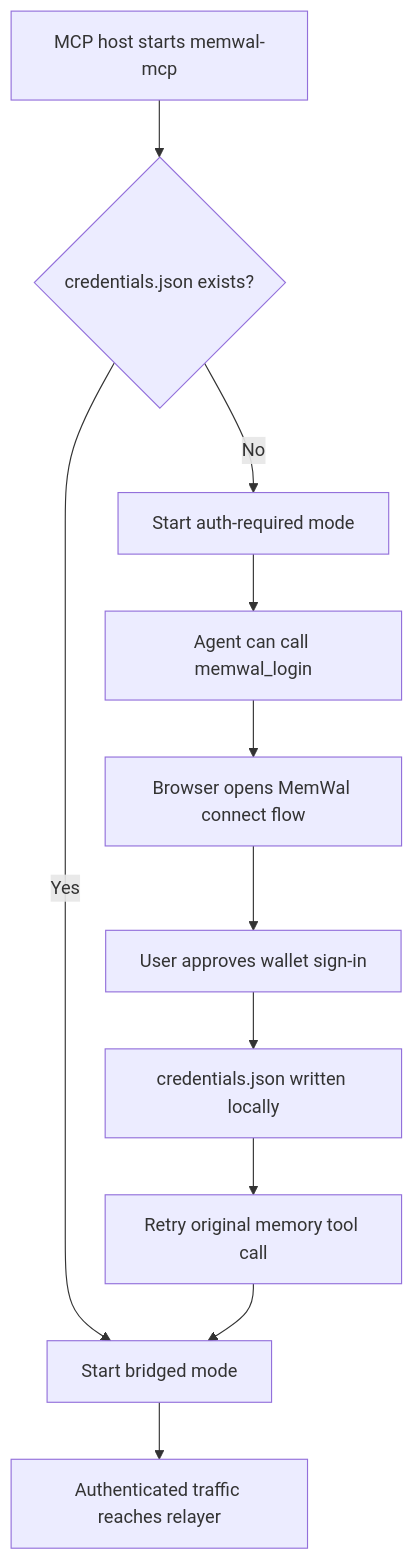
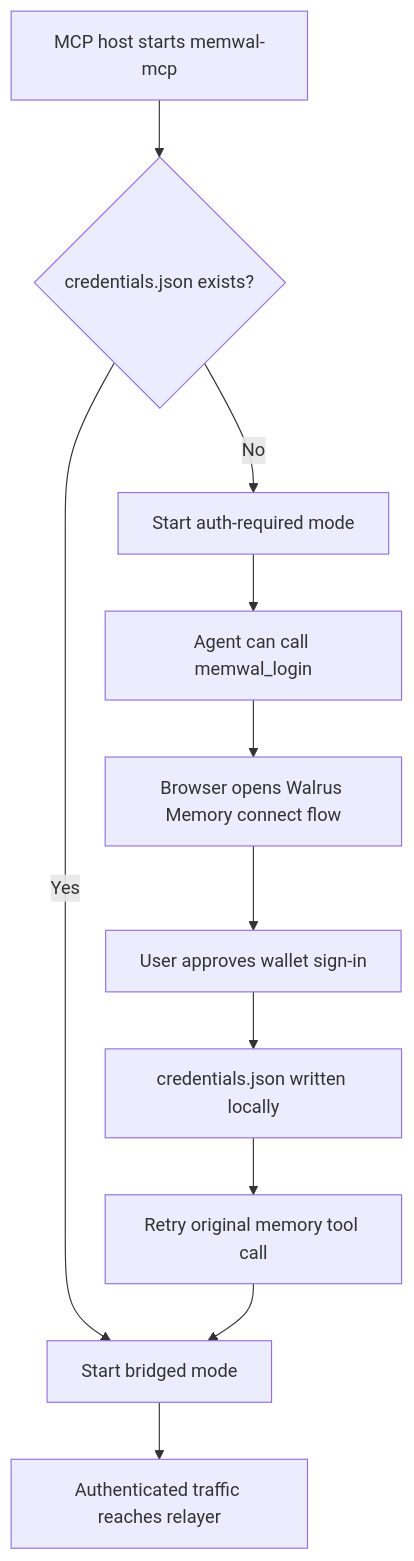
One commit to MystenLabs/walrus changed the diagram in markdown/walrus-memory/mcp/how-it-works.md. Above: the diagram before and after it, drawn with Mermaid. The commit also changed 175 other files, not shown here.

````diff
--- a/markdown/walrus-memory/mcp/how-it-works.md
+++ b/markdown/walrus-memory/mcp/how-it-works.md
@@ -38,13 +38,13 @@
 ```mermaid
 flowchart TD
   A["MCP host starts memwal-mcp"] --> B{"credentials.json exists?"}
   B -- "No" --> C["Start auth-required mode"]
   C --> D["Agent can call memwal_login"]
-  D --> E["Browser opens MemWal connect flow"]
+  D --> E["Browser opens Walrus Memory connect flow"]
   E --> F["User approves wallet sign-in"]
   F --> G["credentials.json written locally"]
   G --> H["Retry original memory tool call"]
   B -- "Yes" --> I["Start bridged mode"]
   H --> I
   I --> J["Authenticated traffic reaches relayer"]
 ```
````
